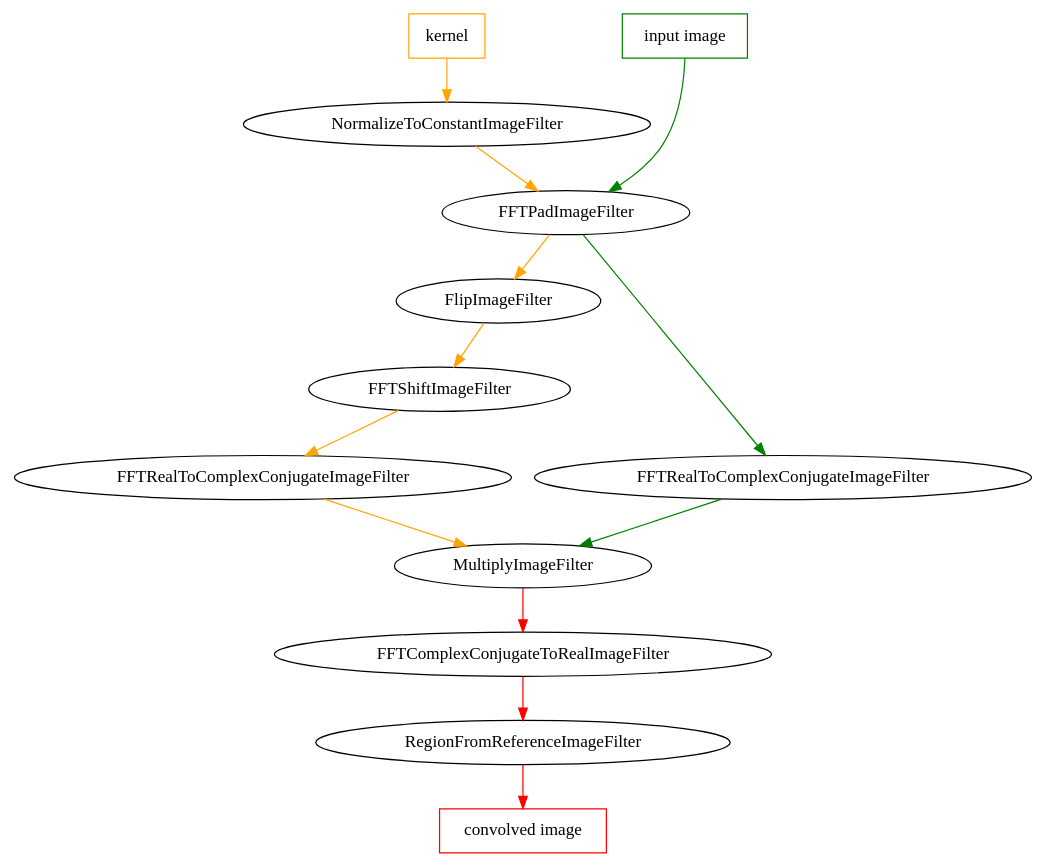
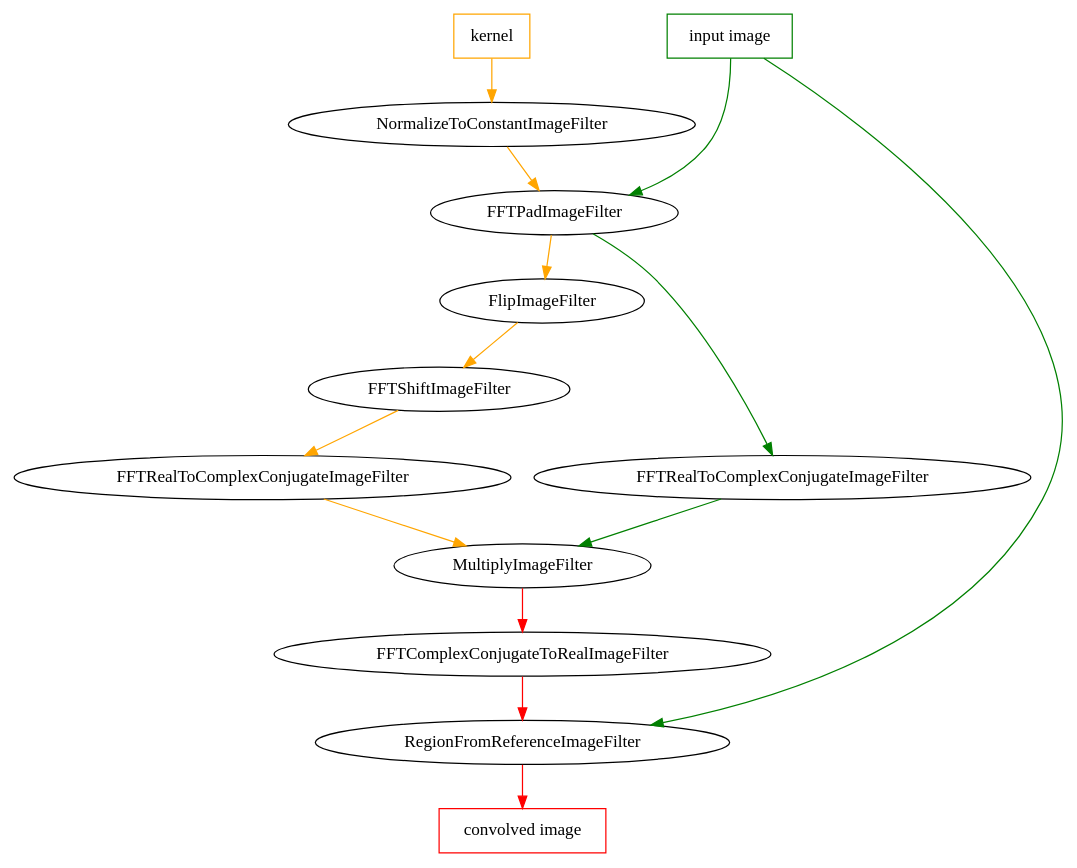
One commit to glehmann/fftconv changed the diagram in images/conv.dot. Above: the diagram before and after it, drawn with Graphviz.

Commit message:
add missing edge for reference image
Ignore-this: abd02d838d7bd1052cff061b78a2eb51

darcs-hash:20100309005113-2fc9d-db7fb20e1b30c98f9f38ee17eec4d96890b8c8bf.gz

```diff
--- a/images/conv.dot
+++ b/images/conv.dot
@@ -1,32 +1,32 @@
 digraph FFTConvolutionImageFilter {
 
 KernelImage[shape=box, color=orange, label="kernel"]
 InputImage[shape=box, color=green, label="input image"]
 ConvolvedImage[shape=box, color=red, label="convolved image"]
 
 {rank=same; InputImage KernelImage}
 
 FlipImageFilter
 FFTPadImageFilter
 NormalizeToConstantImageFilter
 /* CastImageFilter */
 FFTShiftImageFilter
 FFTRealToComplexConjugateImageFilter1[label=FFTRealToComplexConjugateImageFilter]
 FFTRealToComplexConjugateImageFilter2[label=FFTRealToComplexConjugateImageFilter]
 MultiplyImageFilter
 FFTComplexConjugateToRealImageFilter
 RegionFromReferenceImageFilter
 
 {rank=same; FFTRealToComplexConjugateImageFilter1 FFTRealToComplexConjugateImageFilter2}
 
 
 InputImage->FFTPadImageFilter->FFTRealToComplexConjugateImageFilter1->MultiplyImageFilter[color=green]
 
 KernelImage->NormalizeToConstantImageFilter->FFTPadImageFilter->FlipImageFilter->FFTShiftImageFilter->FFTRealToComplexConjugateImageFilter2->MultiplyImageFilter[color=orange]
 /* KernelImage->CastImageFilter->FFTPadImageFilter[color=orange] */
 
 MultiplyImageFilter->FFTComplexConjugateToRealImageFilter->RegionFromReferenceImageFilter->ConvolvedImage[color=red]
-
+InputImage->RegionFromReferenceImageFilter[color=green, constraint=false]
 
 
 }
```
